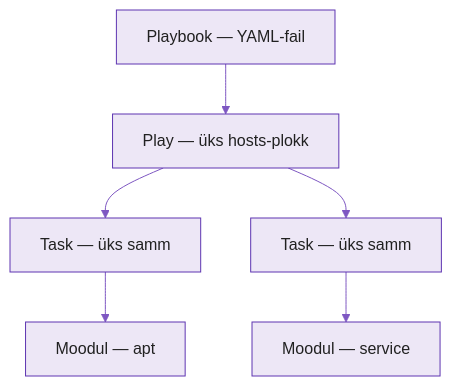
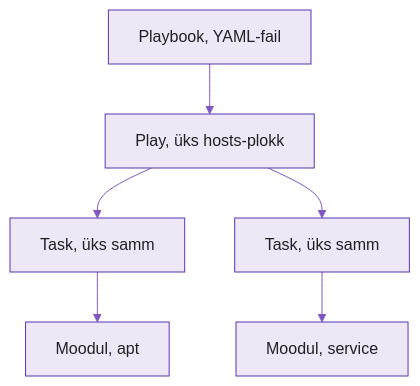
The fourth of 5 diagrams in docs/week03/lecture.md (hkhk-automation/devops), drawn with Mermaid before and after one commit. The commit also changed other lines of this file and 8 other files, not shown here.

Commit message:
Add SVG diagrams for copy vs template, group_vars structure, and vault chain

````diff
--- a/docs/week03/lecture.md
+++ b/docs/week03/lecture.md
@@ -438,9 +438,9 @@
 ```mermaid
 %%{init: {'theme':'base','themeVariables':{'primaryColor':'#ede7f6','primaryBorderColor':'#5e35b1','primaryTextColor':'#212121','lineColor':'#7e57c2'}}}%%
 graph TB
-    P[Playbook — YAML-fail] --> PL[Play — üks hosts-plokk]
-    PL --> T1[Task — üks samm]
-    PL --> T2[Task — üks samm]
-    T1 --> M1[Moodul — apt]
-    T2 --> M2[Moodul — service]
+    P[Playbook, YAML-fail] --> PL[Play, üks hosts-plokk]
+    PL --> T1[Task, üks samm]
+    PL --> T2[Task, üks samm]
+    T1 --> M1[Moodul, apt]
+    T2 --> M2[Moodul, service]
 ```
````
